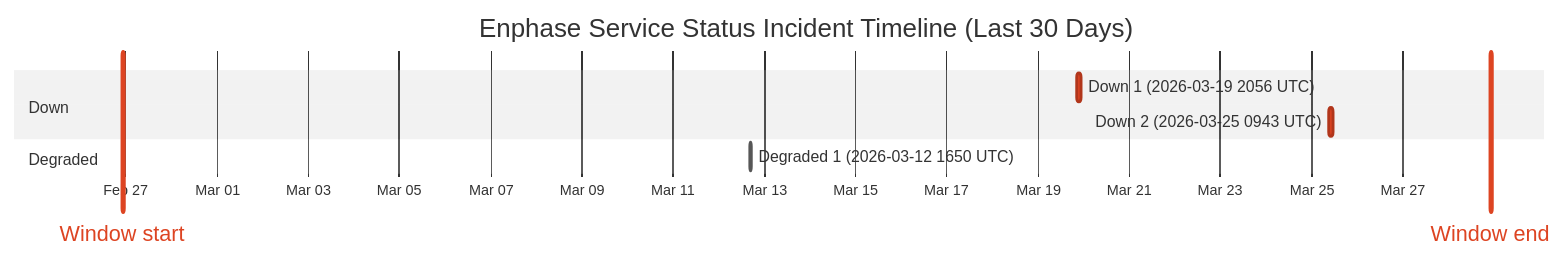
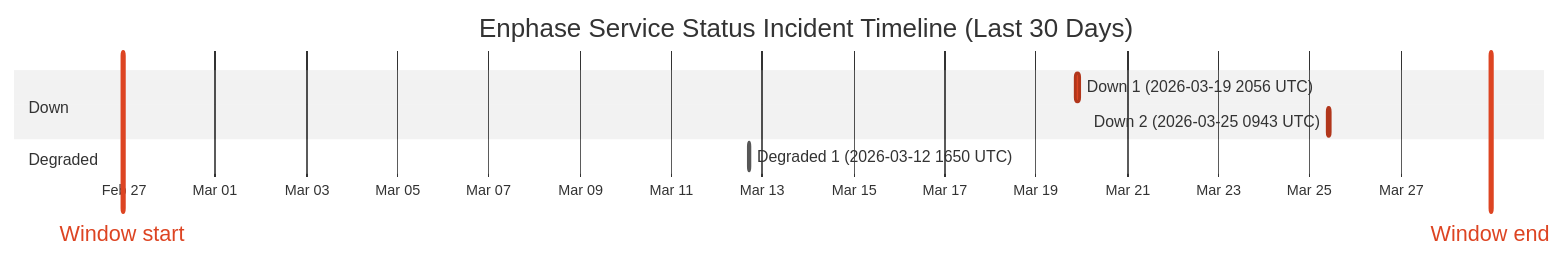
One commit to barneyonline/ha-enphase-ev-charger changed the diagram in wiki/Service-Status-History.md. Above: the diagram before and after it, drawn with Mermaid (neutral theme). The commit also changed other lines of this file and 3 other files, not shown here.

````diff
--- a/wiki/Service-Status-History.md
+++ b/wiki/Service-Status-History.md
@@ -14,13 +14,13 @@
 ```mermaid
 gantt
     title Enphase Service Status Incident Timeline (Last 30 Days)
     dateFormat  YYYY-MM-DDTHH:mm:ss
     axisFormat  %b %d
-    Window start :vert, window-start, 2026-02-26T22:19:05, 0ms
-    Window end :vert, window-end, 2026-03-28T22:19:05, 0ms
+    Window start :vert, window-start, 2026-02-26T23:21:34, 0ms
+    Window end :vert, window-end, 2026-03-28T23:21:34, 0ms
     section Down
     Down 1 (2026-03-19 2056 UTC) :crit, down-1, 2026-03-19T20:56:20, 145m
     Down 2 (2026-03-25 0943 UTC) :crit, down-2, 2026-03-25T09:43:28, 111m
     section Degraded
     Degraded 1 (2026-03-12 1650 UTC) :active, degraded-1, 2026-03-12T16:50:43, 60m
 ```
````
